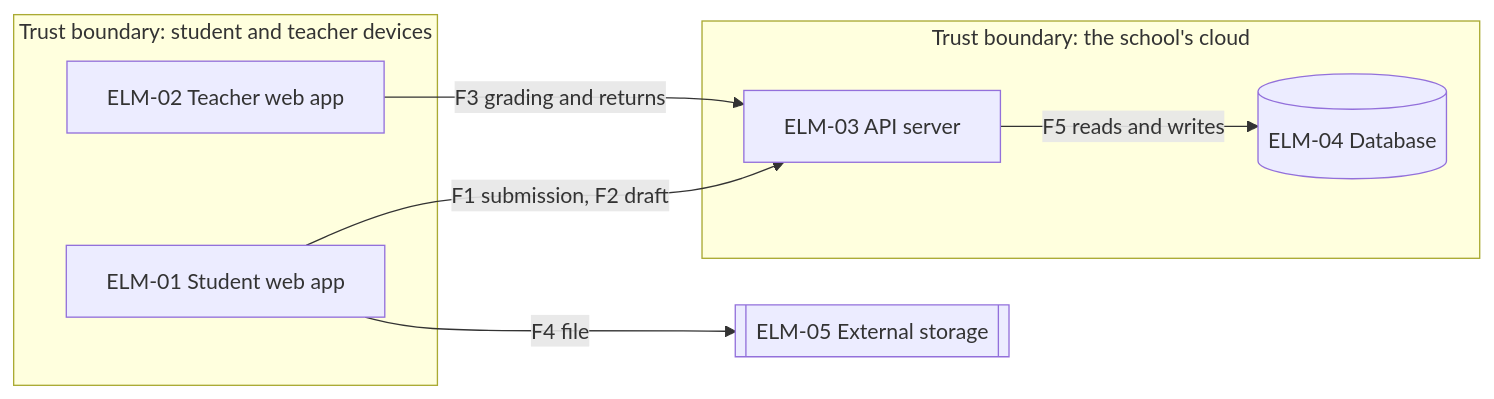
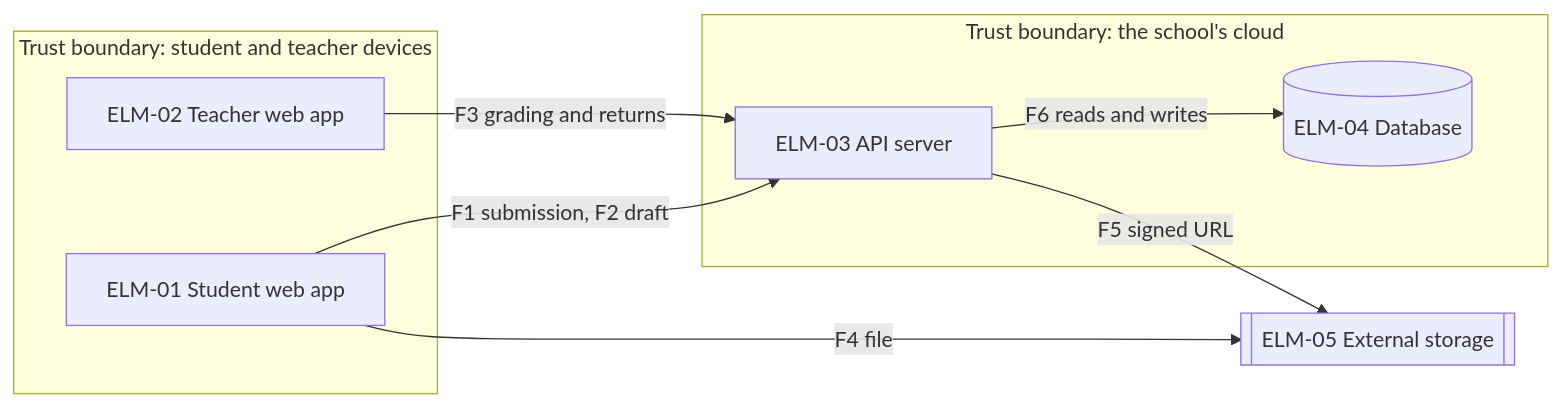
The first of 5 diagrams in skills/design-summary-html/evals/homework-service-full-en/files/docs/design/2-architecture.md (Taro000/chain-summary-html), drawn with Mermaid before and after one commit. The commit also changed other lines of this file and 1073 other files, not shown here.

````diff
--- a/skills/design-summary-html/evals/homework-service-full-en/files/docs/design/2-architecture.md
+++ b/skills/design-summary-html/evals/homework-service-full-en/files/docs/design/2-architecture.md
@@ -49,16 +53,17 @@
 ```mermaid
 flowchart LR
   subgraph tdev["Trust boundary: student and teacher devices"]
     sa["ELM-01 Student web app"]
     ta["ELM-02 Teacher web app"]
   end
   subgraph tsys["Trust boundary: the school's cloud"]
     api["ELM-03 API server"]
     db[("ELM-04 Database")]
   end
   os[["ELM-05 External storage"]]
-  sa -->|"F1 submission, F2 draft"| api
-  ta -->|"F3 grading and returns"| api
-  sa -->|"F4 file"| os
-  api -->|"F5 reads and writes"| db
+  sa -->|F1 submission, F2 draft| api
+  ta -->|F3 grading and returns| api
+  sa -->|F4 file| os
+  api -->|F5 signed URL| os
+  api -->|F6 reads and writes| db
 ```
````
